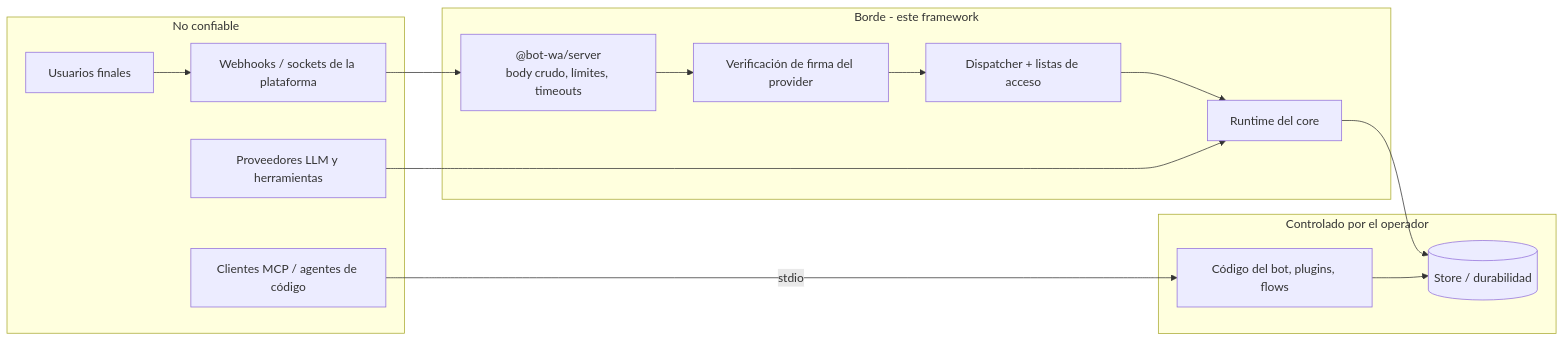
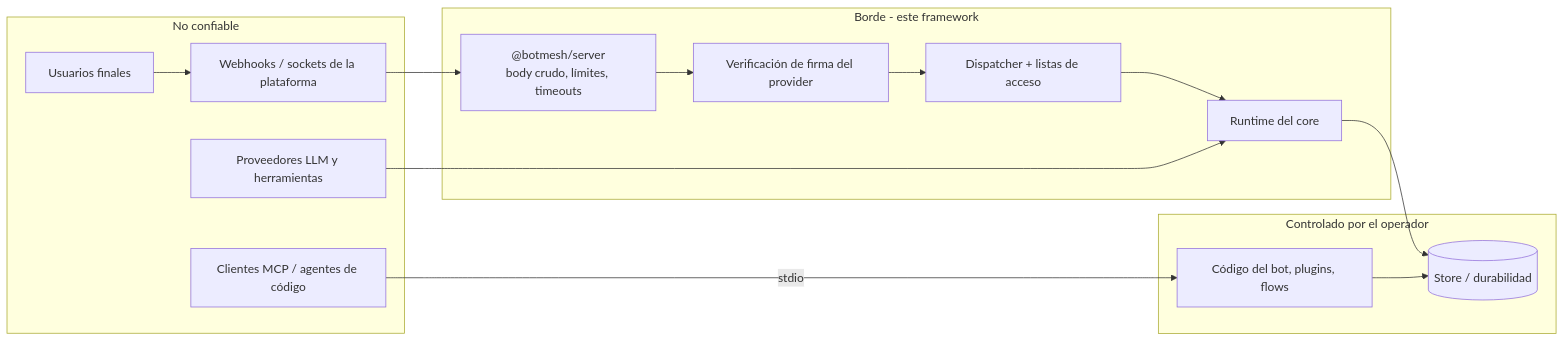
The diagram in docs/es/guide/modelo-amenazas.md (andresayac/bot-wa-baileys), drawn with Mermaid before and after one commit. The commit also changed other lines of this file and 735 other files, not shown here.

````diff
--- a/docs/es/guide/modelo-amenazas.md
+++ b/docs/es/guide/modelo-amenazas.md
@@ -22,25 +22,25 @@
 ```mermaid
 flowchart LR
   subgraph untrusted[No confiable]
     P[Webhooks / sockets de la plataforma]
     U[Usuarios finales]
     L[Proveedores LLM y herramientas]
     A[Clientes MCP / agentes de código]
   end
   subgraph edge[Borde - este framework]
-    S["@bot-wa/server<br/>body crudo, límites, timeouts"]
+    S["@botmesh/server<br/>body crudo, límites, timeouts"]
     V[Verificación de firma del provider]
     D[Dispatcher + listas de acceso]
     C[Runtime del core]
   end
   subgraph trusted[Controlado por el operador]
     ST[(Store / durabilidad)]
     OP[Código del bot, plugins, flows]
   end
   P --> S --> V --> D --> C
   U --> P
   L --> C
   A -->|stdio| OP
   C --> ST
   OP --> ST
 ```
````
